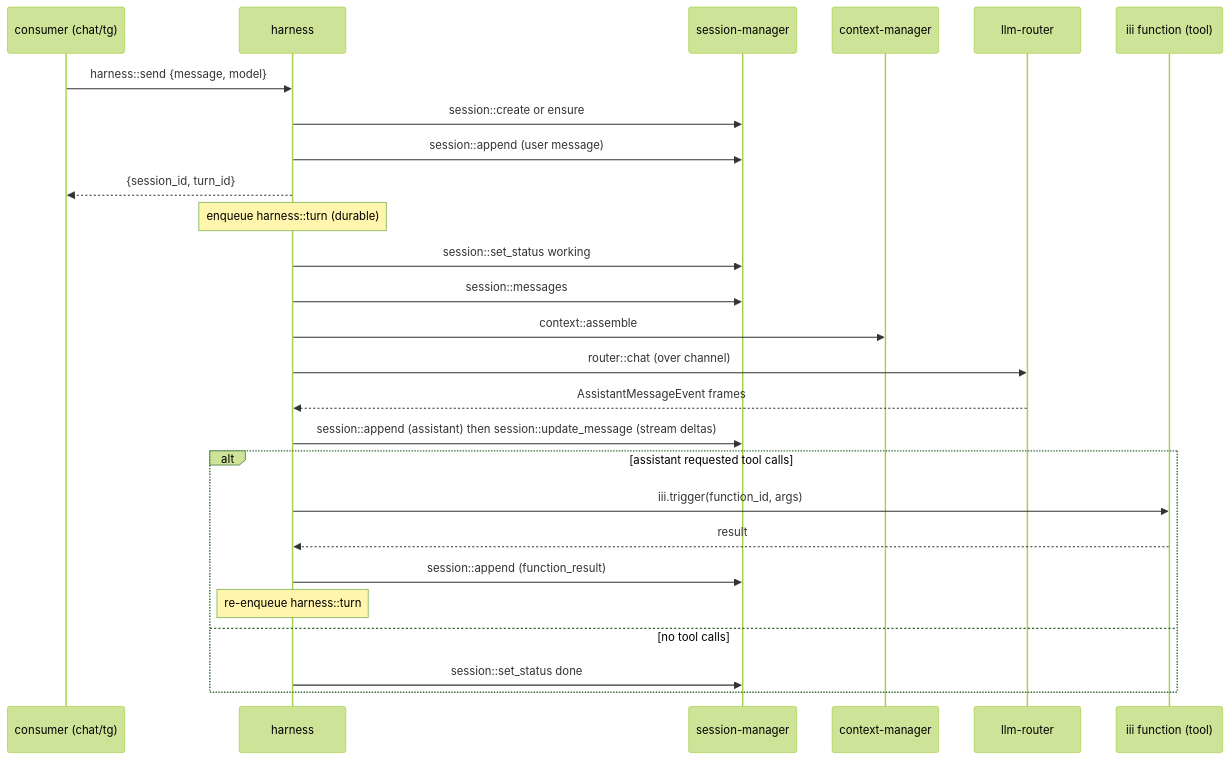
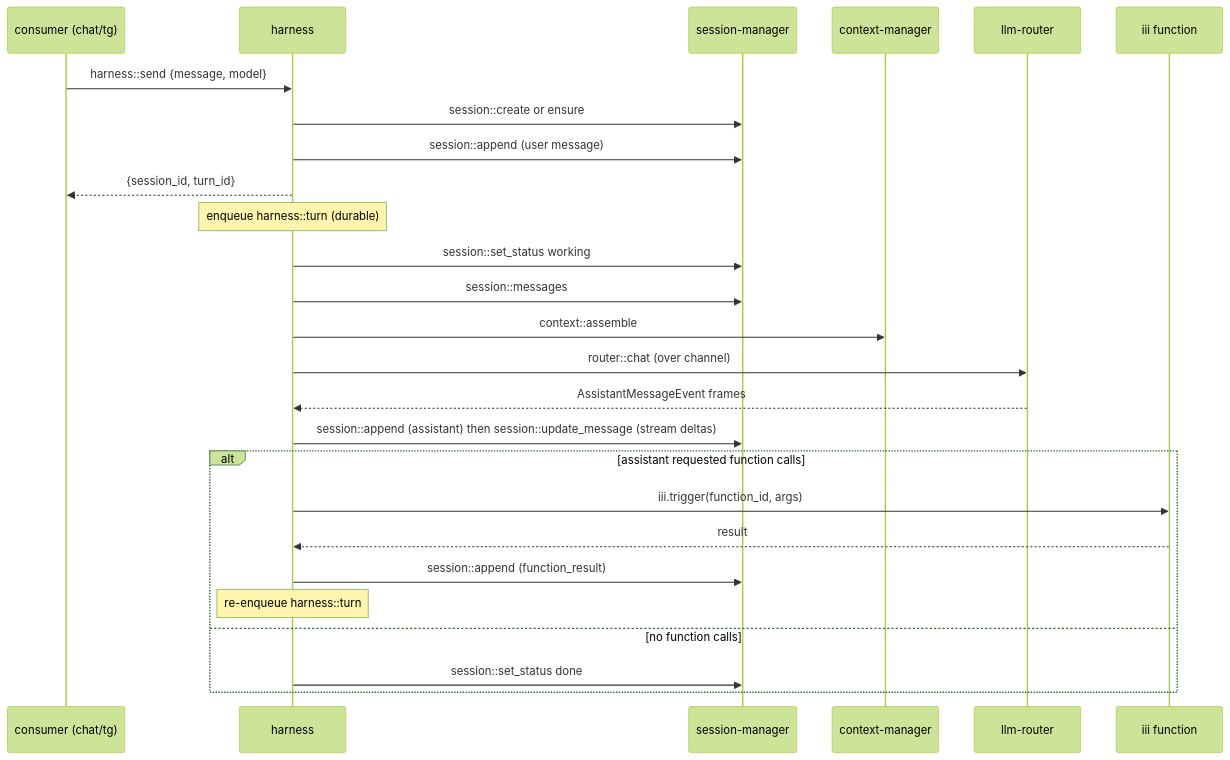
Before and after one commit to iii-hq/workers: the diagram in tech-specs/2026-06-agentic/harness.md, drawn with Mermaid (forest theme). The commit also changed other lines of this file and 4 other files, not shown here.

Commit message:
chore: improvements to the architecture

````diff
--- a/tech-specs/2026-06-agentic/harness.md
+++ b/tech-specs/2026-06-agentic/harness.md
@@ -22,29 +22,29 @@
 ```mermaid
 sequenceDiagram
   participant C as consumer (chat/tg)
   participant H as harness
   participant S as session-manager
   participant X as context-manager
   participant R as llm-router
-  participant F as iii function (tool)
+  participant F as iii function
 
   C->>H: harness::send {message, model}
   H->>S: session::create or ensure
   H->>S: session::append (user message)
   H-->>C: {session_id, turn_id}
   Note over H: enqueue harness::turn (durable)
   H->>S: session::set_status working
   H->>S: session::messages
   H->>X: context::assemble
   H->>R: router::chat (over channel)
   R-->>H: AssistantMessageEvent frames
   H->>S: session::append (assistant) then session::update_message (stream deltas)
-  alt assistant requested tool calls
+  alt assistant requested function calls
     H->>F: iii.trigger(function_id, args)
     F-->>H: result
     H->>S: session::append (function_result)
     Note over H: re-enqueue harness::turn
-  else no tool calls
+  else no function calls
     H->>S: session::set_status done
   end
 ```
````
